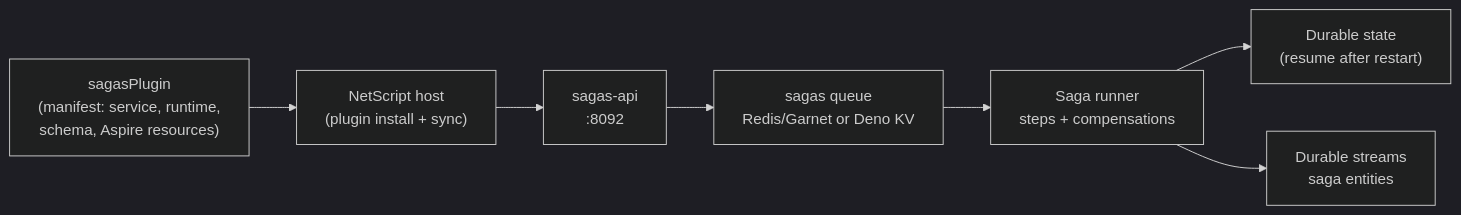
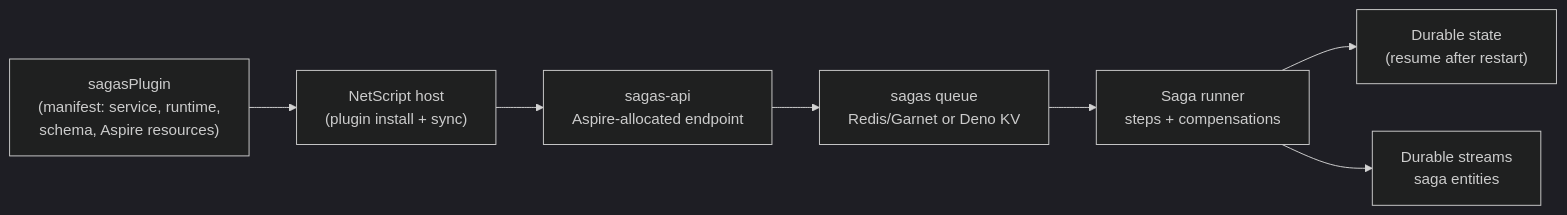
Before and after one commit to rickylabs/netscript: the diagram in plugins/sagas/README.md, drawn with Mermaid (dark theme). The commit also changed other lines of this file and 13 other files, not shown here.

Commit message:
fix(sagas): reject publishing without discovered endpoint

````diff
--- a/plugins/sagas/README.md
+++ b/plugins/sagas/README.md
@@ -41,9 +42,9 @@
 ```mermaid
 flowchart LR
     M["sagasPlugin<br/>(manifest: service, runtime,<br/>schema, Aspire resources)"] --> H["NetScript host<br/>(plugin install + sync)"]
-    H --> A["sagas-api<br/>:8092"]
+    H --> A["sagas-api<br/>Aspire-allocated endpoint"]
     A --> Q["sagas queue<br/>Redis/Garnet or Deno KV"]
     Q --> R["Saga runner<br/>steps + compensations"]
     R --> P["Durable state<br/>(resume after restart)"]
     R --> S["Durable streams<br/>saga entities"]
 ```
````
